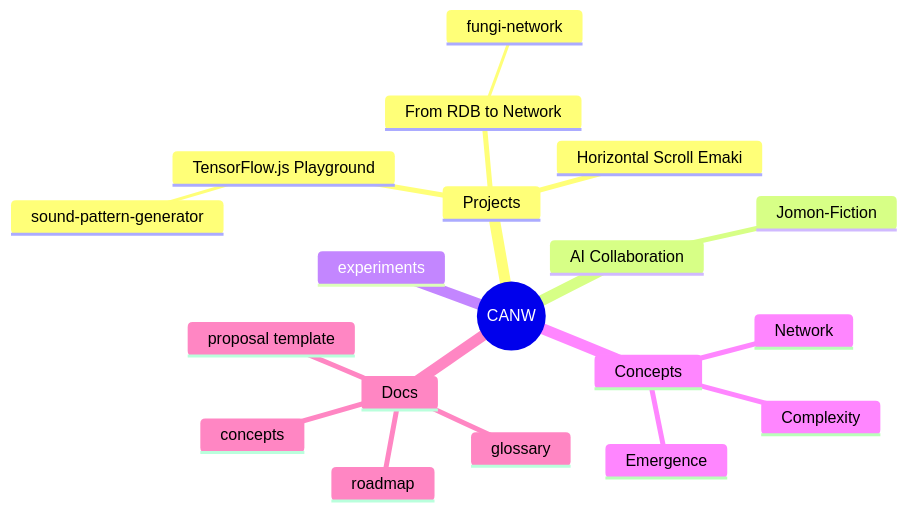
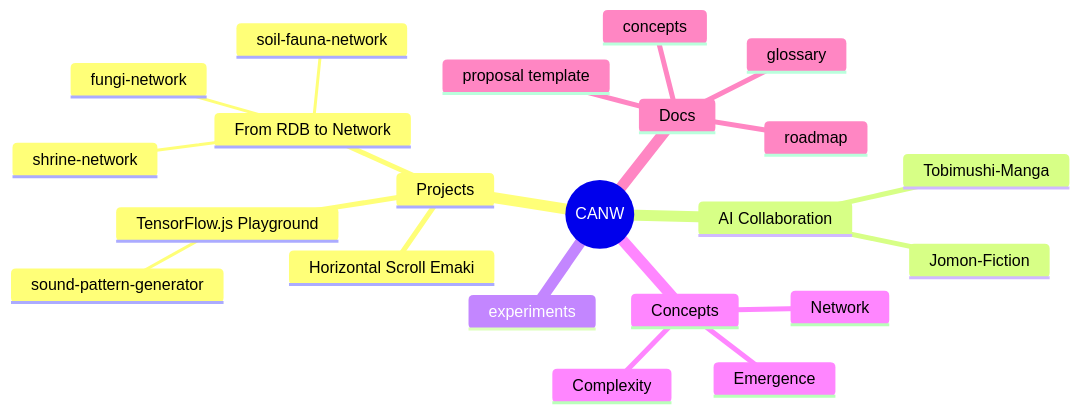
One commit to satoshi-create/complexity-and-network-webdesign changed the diagram in README.md. Above: the diagram before and after it, drawn with Mermaid. The commit also changed other lines of this file, not shown here.

````diff
--- a/README.md
+++ b/README.md
@@ -82,22 +92,25 @@
 ```mermaid
 mindmap
   root((CANW))
     Projects
       TensorFlow.js Playground
         sound-pattern-generator
       From RDB to Network
         fungi-network
+        shrine-network
+        soil-fauna-network
       Horizontal Scroll Emaki
     AI Collaboration
       Jomon-Fiction
+      Tobimushi-Manga
     experiments
     Concepts
       Complexity
       Emergence
       Network
     Docs
       concepts
       roadmap
       proposal template
       glossary
 ```
````
